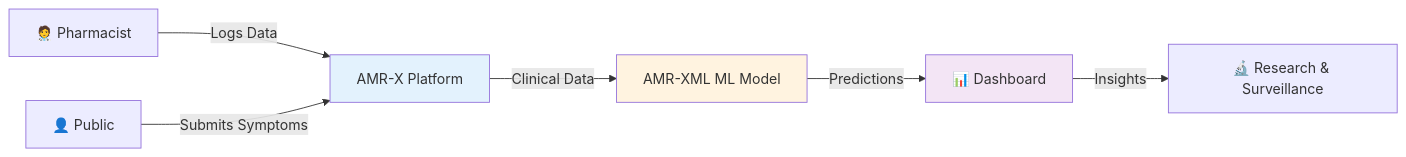
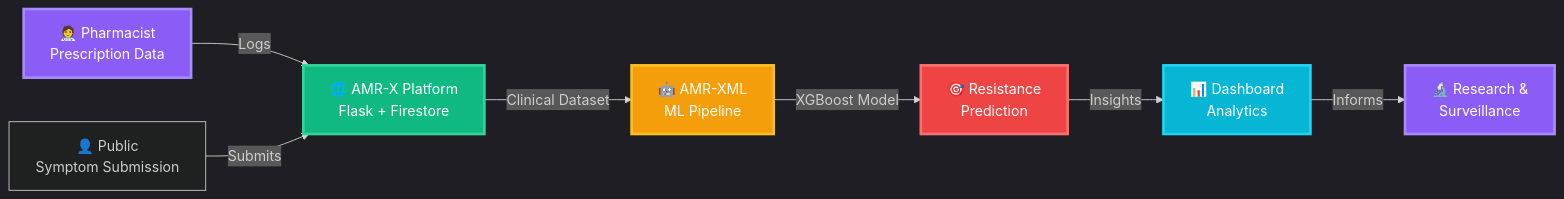
The diagram in README.md (muadgijo/muadgijo), drawn with Mermaid before and after one commit. The commit also changed other lines of this file, not shown here.

````diff
--- a/README.md
+++ b/README.md
@@ -144,12 +208,17 @@
 ```mermaid
+%%{init: {'theme':'dark'}}%%
 graph LR
-    A[🧑‍⚕️ Pharmacist] -->|Logs Data| B[AMR-X Platform]
-    C[👤 Public] -->|Submits Symptoms| B
-    B -->|Clinical Data| D[AMR-XML ML Model]
-    D -->|Predictions| E[📊 Dashboard]
-    E -->|Insights| F[🔬 Research & Surveillance]
+    A[🧑‍⚕️ Pharmacist<br/>Prescription Data] -->|Logs| B[🌐 AMR-X Platform<br/>Flask + Firestore]
+    C[👤 Public<br/>Symptom Submission] -->|Submits| B
+    B -->|Clinical Dataset| D[🤖 AMR-XML<br/>ML Pipeline]
+    D -->|XGBoost Model| E[🎯 Resistance<br/>Prediction]
+    E -->|Insights| F[📊 Dashboard<br/>Analytics]
+    F -->|Informs| G[🔬 Research &<br/>Surveillance]
     
-    style B fill:#e3f2fd
-    style D fill:#fff3e0
-    style E fill:#f3e5f5
+    style A fill:#8B5CF6,stroke:#A78BFA,stroke-width:3px,color:#fff
+    style B fill:#10B981,stroke:#34D399,stroke-width:3px,color:#fff
+    style D fill:#F59E0B,stroke:#FBBF24,stroke-width: 3px,color:#fff
+    style E fill:#EF4444,stroke:#F87171,stroke-width:3px,color:#fff
+    style F fill:#06B6D4,stroke:#22D3EE,stroke-width: 3px,color:#fff
+    style G fill:#8B5CF6,stroke:#A78BFA,stroke-width: 3px,color:#fff
 ```
````
